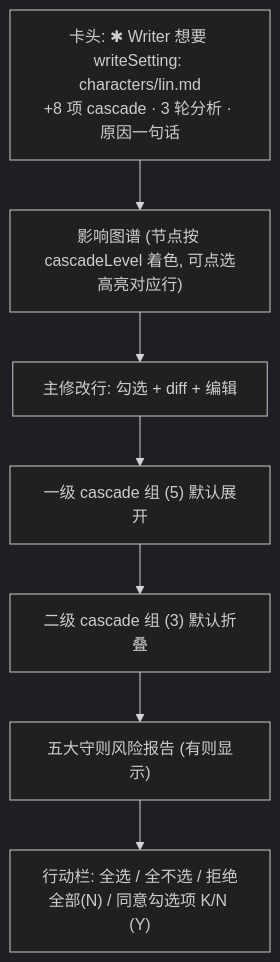
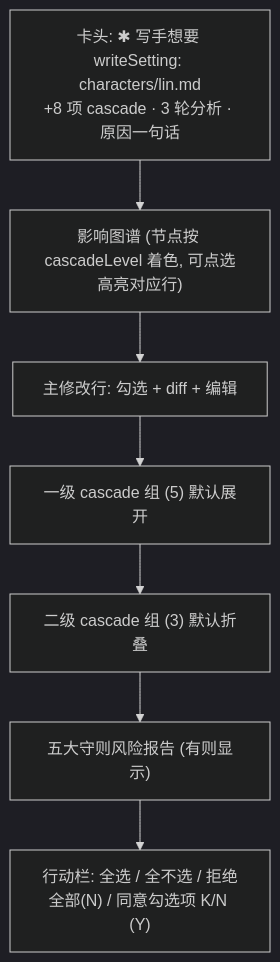
Before and after one commit to jinhuang712/open-novel: the diagram in design/02-approval-cascade.md, drawn with Mermaid (dark theme). The commit also changed other lines of this file and 65 other files, not shown here.

````diff
--- a/design/02-approval-cascade.md
+++ b/design/02-approval-cascade.md
@@ -9,11 +9,11 @@
 ```mermaid
 flowchart TB
-  H["卡头: ✱ Writer 想要 writeSetting: characters/lin.md<br/>+8 项 cascade · 3 轮分析 · 原因一句话"]
+  H["卡头: ✱ 写手想要 writeSetting: characters/lin.md<br/>+8 项 cascade · 3 轮分析 · 原因一句话"]
   G["影响图谱 (节点按 cascadeLevel 着色, 可点选高亮对应行)"]
   M["主修改行: 勾选 + diff + 编辑"]
   C1["一级 cascade 组 (5) 默认展开"]
   C2["二级 cascade 组 (3) 默认折叠"]
   R["五大守则风险报告 (有则显示)"]
   A["行动栏: 全选 / 全不选 / 拒绝全部(N) / 同意勾选项 K/N (Y)"]
   H --> G --> M --> C1 --> C2 --> R --> A
 ```
````
